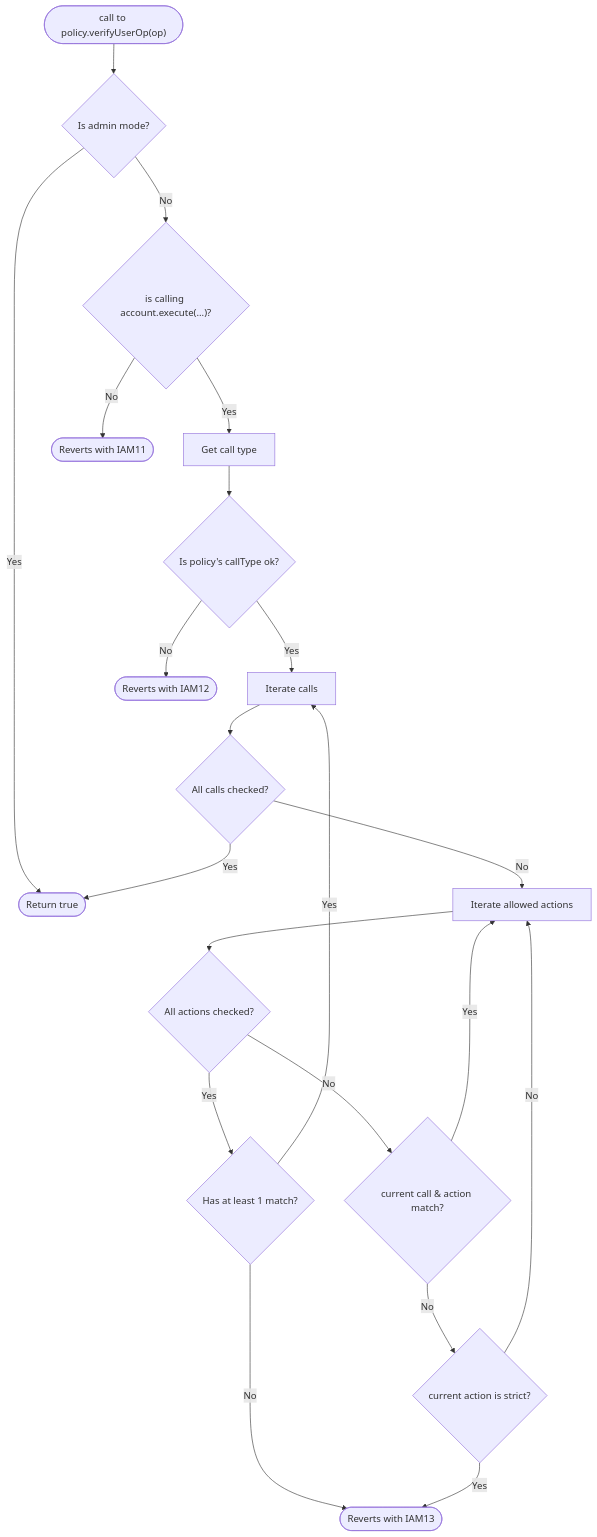
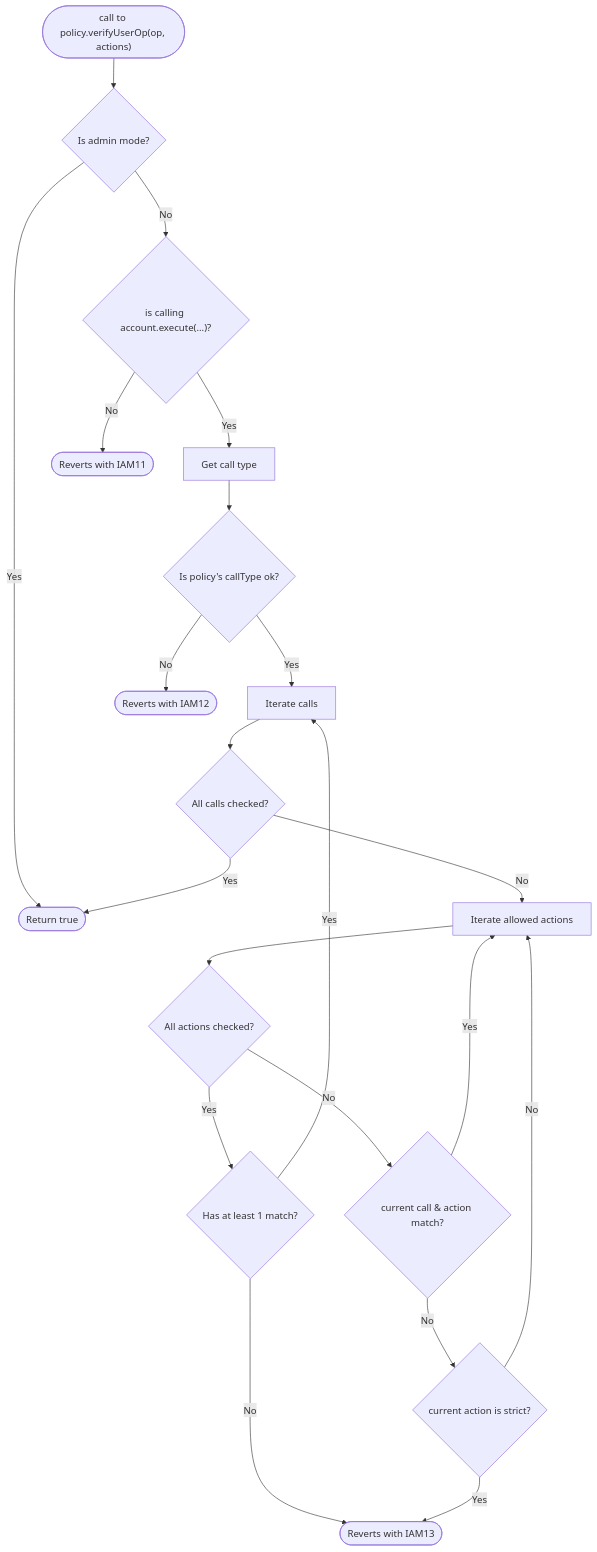
Before and after one commit to stackup-wallet/accessctl: the second of 2 diagrams in README.md, drawn with Mermaid. The commit also changed other lines of this file and 12 other files, not shown here.

````diff
--- a/README.md
+++ b/README.md
@@ -157,23 +159,23 @@
 ```mermaid
 flowchart TD
-    start(["call to policy.verifyUserOp(op)"])-->isAdmin{Is admin mode?}
+    start(["call to policy.verifyUserOp(op, actions)"])-->isAdmin{Is admin mode?}
     isAdmin-->|Yes|ok([Return true])
     isAdmin-->|No|isExec{"is calling account.execute(...)?"}
     isExec-->|Yes|getCallType["Get call type"]
     isExec-->|No|iam11([Reverts with IAM11])
     getCallType-->isCallTypeOk{"Is policy's callType ok?"}
     isCallTypeOk-->|Yes|iterateCalls[Iterate calls]
     isCallTypeOk-->|No|iam12([Reverts with IAM12])
     iterateCalls-->isLastCall{All calls checked?}
     isLastCall-->|Yes|ok
     isLastCall-->|No|iterateActions[Iterate allowed actions]
     iterateActions-->isLastAction{All actions checked?}
     isLastAction-->|Yes|minOneMatched{Has at least 1 match?}
     isLastAction-->|No|isCallActionMatch{current call & action match?}
     minOneMatched-->|Yes|iterateCalls
     minOneMatched-->|No|iam13([Reverts with IAM13])
     isCallActionMatch-->|No|isStrictMode{current action is strict?}
     isStrictMode-->|Yes|iam13
     isStrictMode-->|No|iterateActions
     isCallActionMatch-->|Yes|iterateActions
 ```
````
